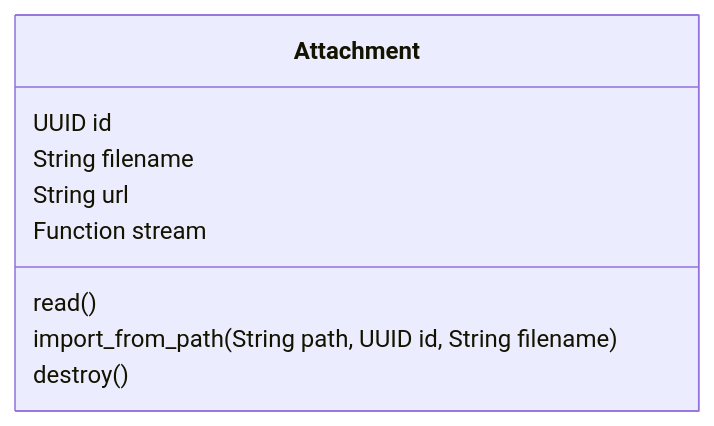
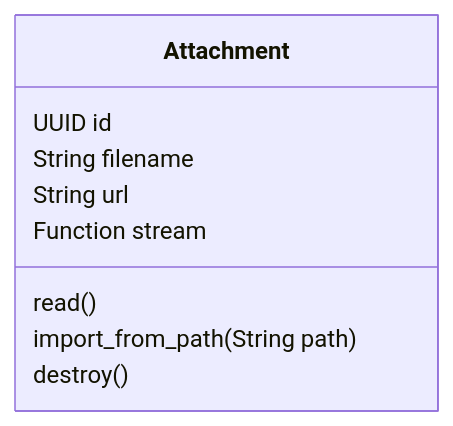
The diagram in lib/data_aggregator/files/files-mermaid-class-diagram.md (zebbra/data_aggregator), drawn with Mermaid before and after one commit. The commit also changed 16 other files, not shown here.

````diff
--- a/lib/data_aggregator/files/files-mermaid-class-diagram.md
+++ b/lib/data_aggregator/files/files-mermaid-class-diagram.md
@@ -1,15 +1,15 @@
 ```mermaid
 classDiagram
     class Attachment {
         UUID id
         String filename
         String url
         Function stream
         read()
-        import_from_path(String path, UUID id, String filename)
+        import_from_path(String path)
         destroy()
     }
 
 
 
 ```
````
